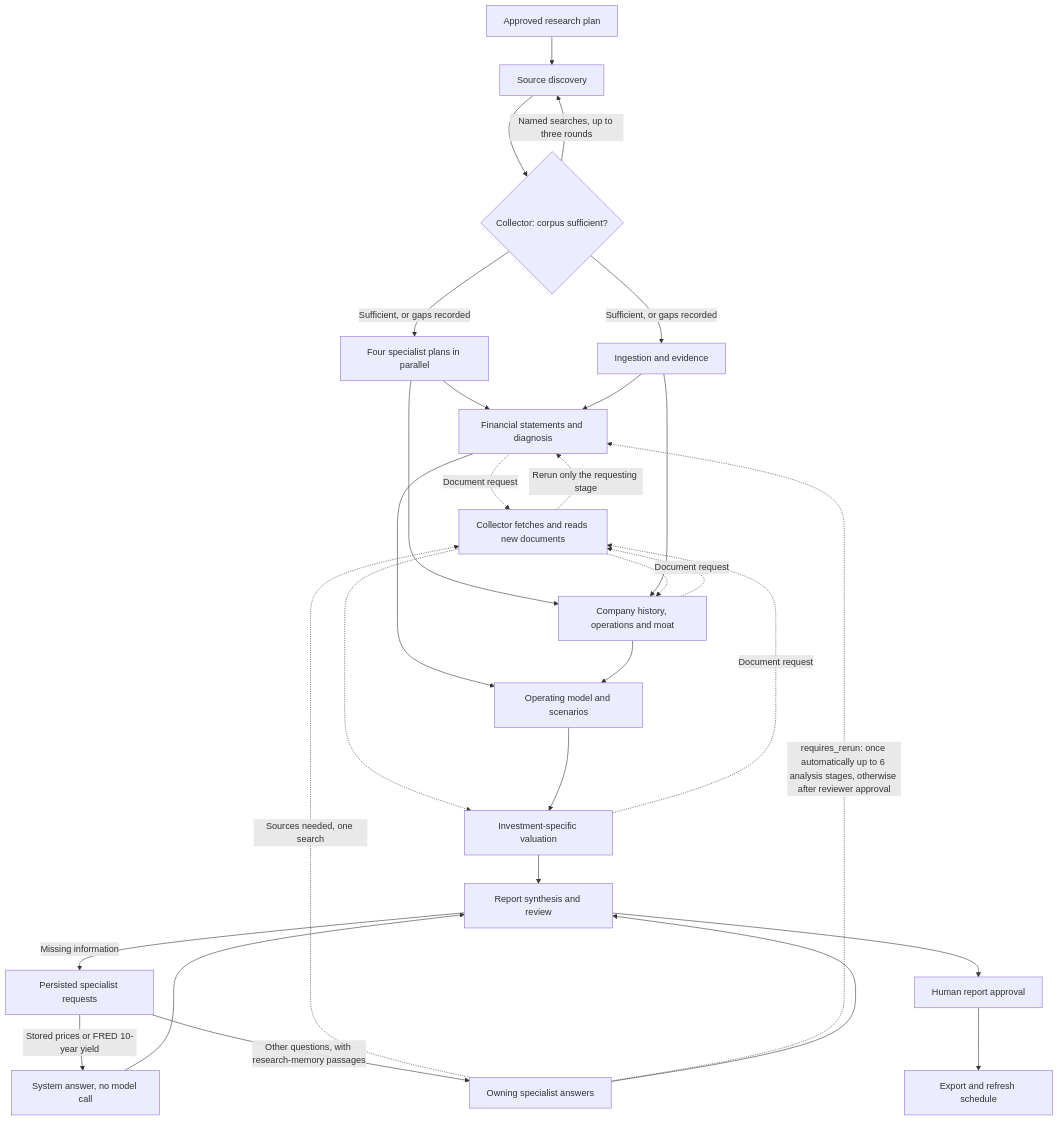
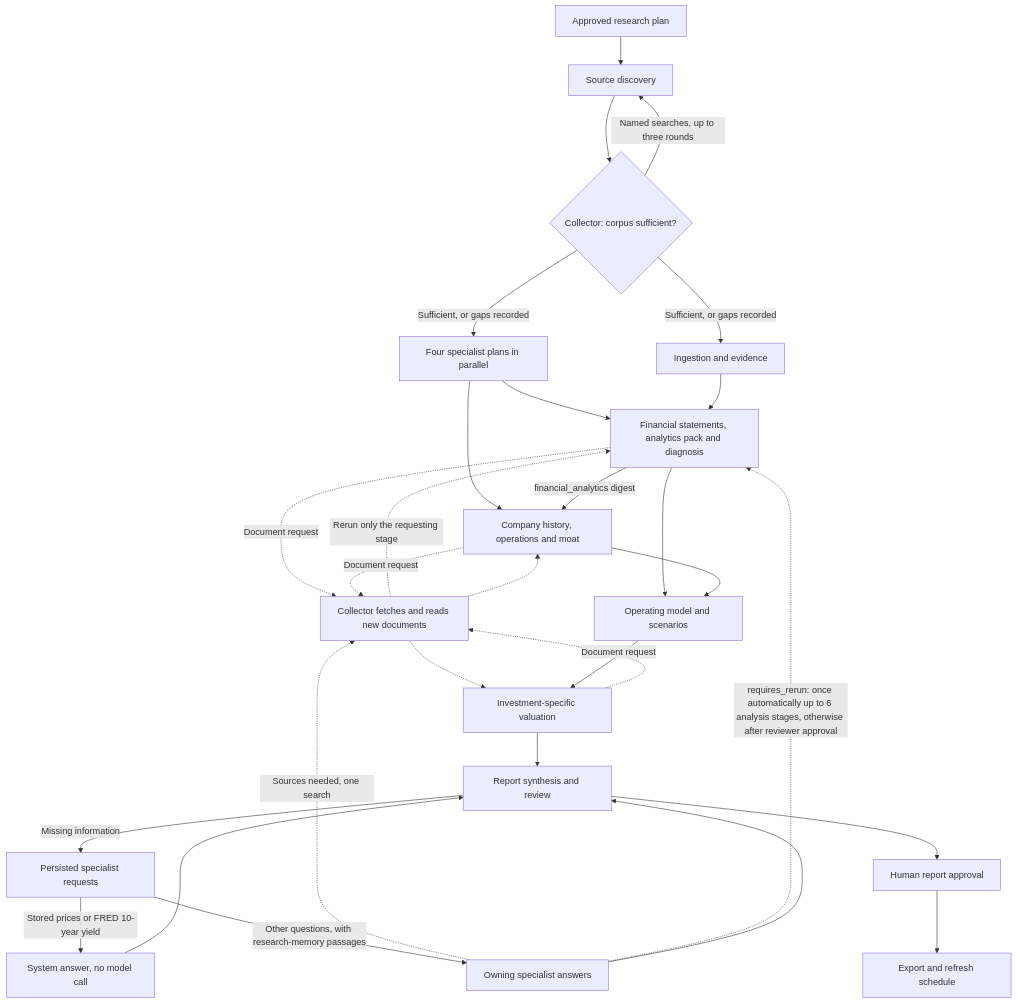
Before and after one commit to ToRRIIDeR97/Investing-Research-Pipeline: the diagram in docs/system.md, drawn with Mermaid. The commit also changed other lines of this file and 26 other files, not shown here.

First line of the commit message:
Deliver the financial analytics pack to analysis and report stages

````diff
--- a/docs/system.md
+++ b/docs/system.md
@@ -47,31 +47,31 @@
 ```mermaid
 flowchart TD
   Plan[Approved research plan] --> Discovery[Source discovery]
   Discovery --> Review{Collector: corpus sufficient?}
   Review -->|Named searches, up to three rounds| Discovery
   Review -->|Sufficient, or gaps recorded| Briefs[Four specialist plans in parallel]
   Review -->|Sufficient, or gaps recorded| Data[Ingestion and evidence]
   Briefs --> Financials
   Briefs --> Business
-  Data --> Financials[Financial statements and diagnosis]
-  Data --> Business[Company history, operations and moat]
+  Data --> Financials[Financial statements, analytics pack and diagnosis]
+  Financials -->|financial_analytics digest| Business[Company history, operations and moat]
   Financials -.->|Document request| Collector[Collector fetches and reads new documents]
   Business -.->|Document request| Collector
   Valuation -.->|Document request| Collector
   Collector -.->|Rerun only the requesting stage| Financials
   Collector -.-> Business
   Collector -.-> Valuation
   Financials --> Scenarios[Operating model and scenarios]
   Business --> Scenarios
   Scenarios --> Valuation[Investment-specific valuation]
   Valuation --> Report[Report synthesis and review]
   Report -->|Missing information| Requests[Persisted specialist requests]
   Requests -->|Stored prices or FRED 10-year yield| SystemAnswer[System answer, no model call]
   Requests -->|Other questions, with research-memory passages| Owner[Owning specialist answers]
   Owner -.->|Sources needed, one search| Collector
   Owner -.->|requires_rerun: once automatically up to 6 analysis stages, otherwise after reviewer approval| Financials
   SystemAnswer --> Report
   Owner --> Report
   Report --> Human[Human report approval]
   Human --> Export[Export and refresh schedule]
 ```
````
